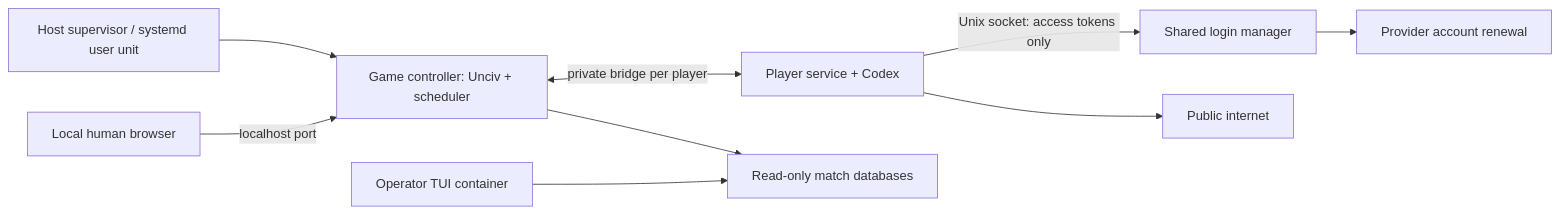
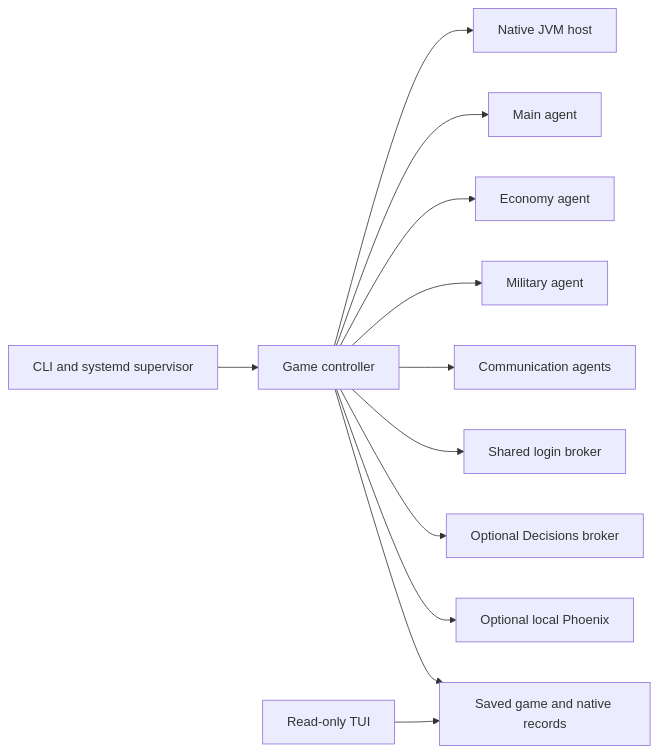
Before and after one commit to varchasgopalaswamy/unciv-ai: the diagram in docs/architecture/Containers.md, drawn with Mermaid. The commit also changed other lines of this file and 777 other files, not shown here.

First line of the commit message:
Adopt the local Pydantic AI game runtime

````diff
--- a/docs/architecture/Containers.md
+++ b/docs/architecture/Containers.md
@@ -8,11 +8,14 @@
 ```mermaid
 flowchart LR
-    S[Host supervisor / systemd user unit] --> C[Game controller: Unciv + scheduler]
-    C <-->|private bridge per player| A[Player service + Codex]
-    A -->|Unix socket: access tokens only| L[Shared login manager]
-    L --> P[Provider account renewal]
-    A --> I[Public internet]
-    H[Local human browser] -->|localhost port| C
-    T[Operator TUI container] --> D[Read-only match databases]
-    C --> D
+    Operator[CLI and systemd supervisor] --> Controller[Game controller]
+    Controller --> JVM[Native JVM host]
+    Controller --> Main[Main agent]
+    Controller --> Economy[Economy agent]
+    Controller --> Military[Military agent]
+    Controller --> Communication[Communication agents]
+    Controller --> Login[Shared login broker]
+    Controller --> Decisions[Optional Decisions broker]
+    Controller --> Phoenix[Optional local Phoenix]
+    Watch[Read-only TUI] --> Records[Saved game and native records]
+    Controller --> Records
 ```
````
